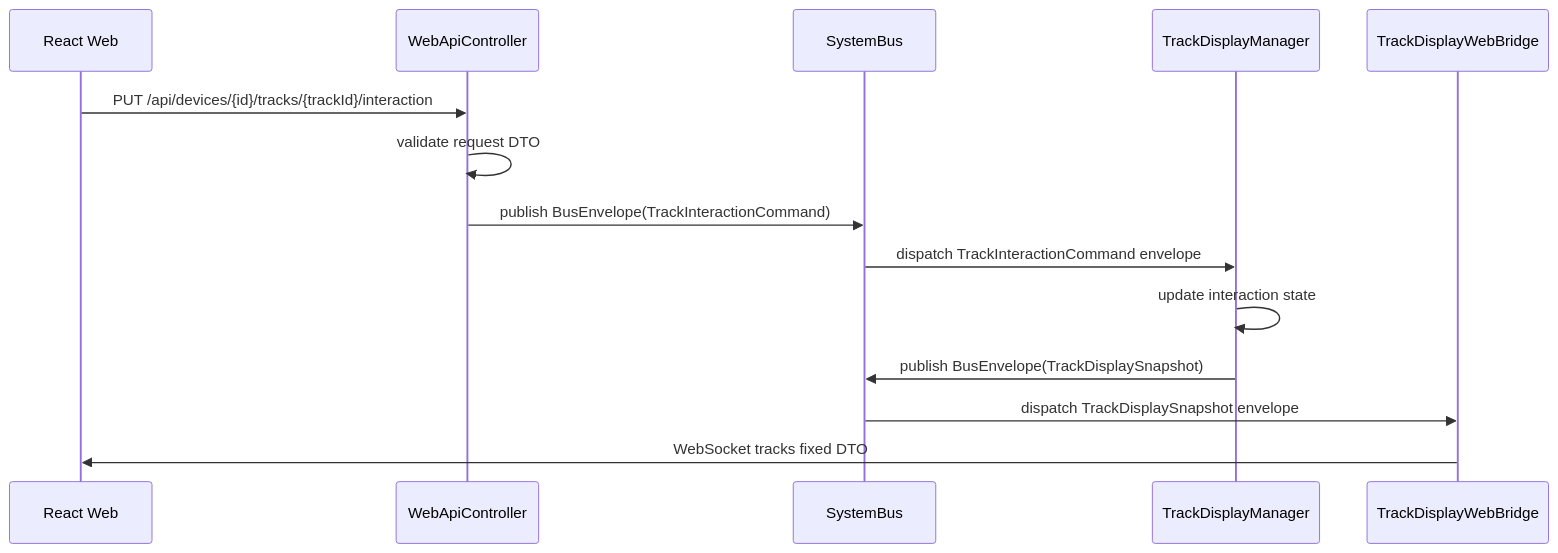
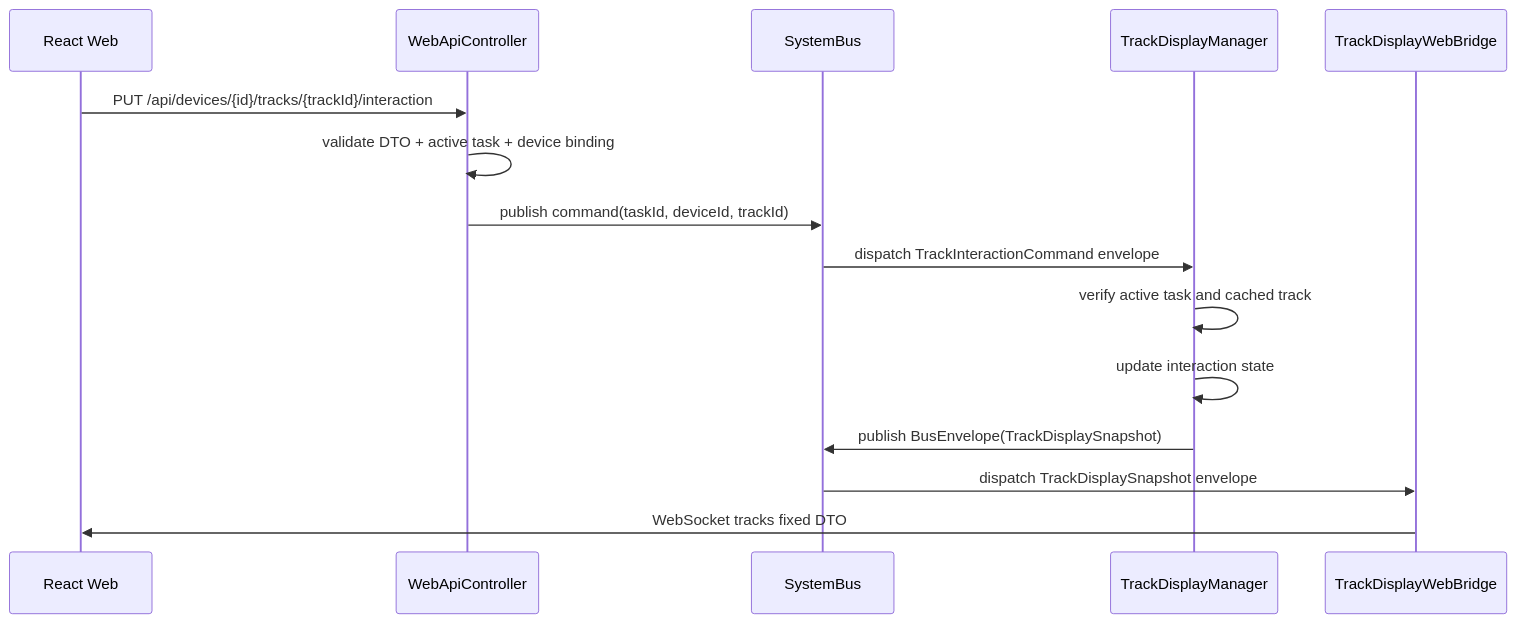
One commit to YoungL524/newAnti_arch changed the second of 6 diagrams in doc/architecture/05-核心流程.md. Above: the diagram before and after it, drawn with Mermaid. The commit also changed other lines of this file and 27 other files, not shown here.

````diff
--- a/doc/architecture/05-核心流程.md
+++ b/doc/architecture/05-核心流程.md
@@ -40,17 +40,18 @@
 ```mermaid
 sequenceDiagram
     participant UI as React Web
     participant API as WebApiController
     participant Bus as SystemBus
     participant Track as TrackDisplayManager
     participant WebBridge as TrackDisplayWebBridge
 
     UI->>API: PUT /api/devices/{id}/tracks/{trackId}/interaction
-    API->>API: validate request DTO
-    API->>Bus: publish BusEnvelope(TrackInteractionCommand)
+    API->>API: validate DTO + active task + device binding
+    API->>Bus: publish command(taskId, deviceId, trackId)
     Bus->>Track: dispatch TrackInteractionCommand envelope
+    Track->>Track: verify active task and cached track
     Track->>Track: update interaction state
     Track->>Bus: publish BusEnvelope(TrackDisplaySnapshot)
     Bus->>WebBridge: dispatch TrackDisplaySnapshot envelope
     WebBridge->>UI: WebSocket tracks fixed DTO
 ```
````
